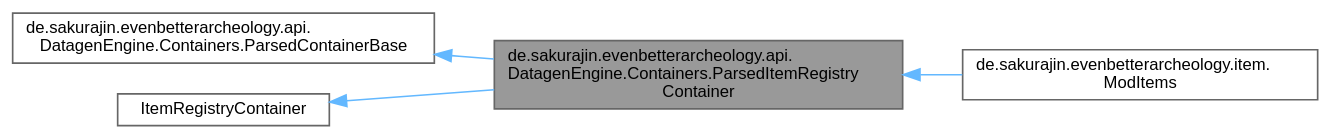
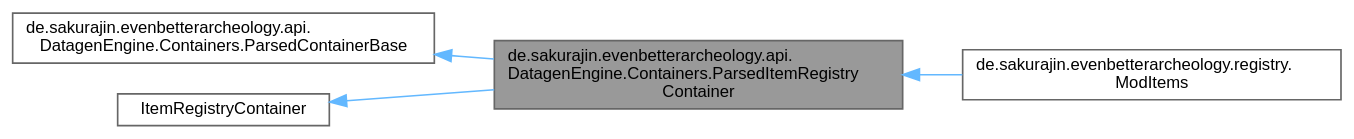
Before and after one commit to noah1510/EvenBetterArcheology: the diagram in classde_1_1sakurajin_1_1evenbetterarcheology_1_1api_1_1DatagenEngine_1_1Containers_1_1ParsedItemeccb6c5be752d3457c40b7990d070acc.dot, drawn with Graphviz. The commit also changed 335 other files, not shown here.

```diff
--- a/classde_1_1sakurajin_1_1evenbetterarcheology_1_1api_1_1DatagenEngine_1_1Containers_1_1ParsedItemeccb6c5be752d3457c40b7990d070acc.dot
+++ b/classde_1_1sakurajin_1_1evenbetterarcheology_1_1api_1_1DatagenEngine_1_1Containers_1_1ParsedItemeccb6c5be752d3457c40b7990d070acc.dot
@@ -1,15 +1,15 @@
 digraph "de.sakurajin.evenbetterarcheology.api.DatagenEngine.Containers.ParsedItemRegistryContainer"
 {
  // LATEX_PDF_SIZE
   bgcolor="transparent";
   edge [fontname=Helvetica,fontsize=10,labelfontname=Helvetica,labelfontsize=10];
   node [fontname=Helvetica,fontsize=10,shape=box,height=0.2,width=0.4];
   rankdir="LR";
   Node1 [label="de.sakurajin.evenbetterarcheology.api.\lDatagenEngine.Containers.ParsedItemRegistry\lContainer",height=0.2,width=0.4,color="gray40", fillcolor="grey60", style="filled", fontcolor="black",tooltip="A ParsedItemRegistryContainer is a Item Registry Container that works with the DatagenAPI."];
   Node2 -> Node1 [dir="back",color="steelblue1",style="solid"];
   Node2 [label="de.sakurajin.evenbetterarcheology.api.\lDatagenEngine.Containers.ParsedContainerBase",height=0.2,width=0.4,color="gray40", fillcolor="white", style="filled",URL="$classde_1_1sakurajin_1_1evenbetterarcheology_1_1api_1_1DatagenEngine_1_1Containers_1_1ParsedContainerBase.html",tooltip="The base class to automatically parse all items and blocks in a class."];
   Node3 -> Node1 [dir="back",color="steelblue1",style="solid"];
   Node3 [label="ItemRegistryContainer",height=0.2,width=0.4,color="gray40", fillcolor="white", style="filled",tooltip=" "];
   Node1 -> Node4 [dir="back",color="steelblue1",style="solid"];
-  Node4 [label="de.sakurajin.evenbetterarcheology.item.\lModItems",height=0.2,width=0.4,color="gray40", fillcolor="white", style="filled",URL="$classde_1_1sakurajin_1_1evenbetterarcheology_1_1item_1_1ModItems.html",tooltip=" "];
+  Node4 [label="de.sakurajin.evenbetterarcheology.registry.\lModItems",height=0.2,width=0.4,color="gray40", fillcolor="white", style="filled",URL="$classde_1_1sakurajin_1_1evenbetterarcheology_1_1registry_1_1ModItems.html",tooltip=" "];
 }
```
